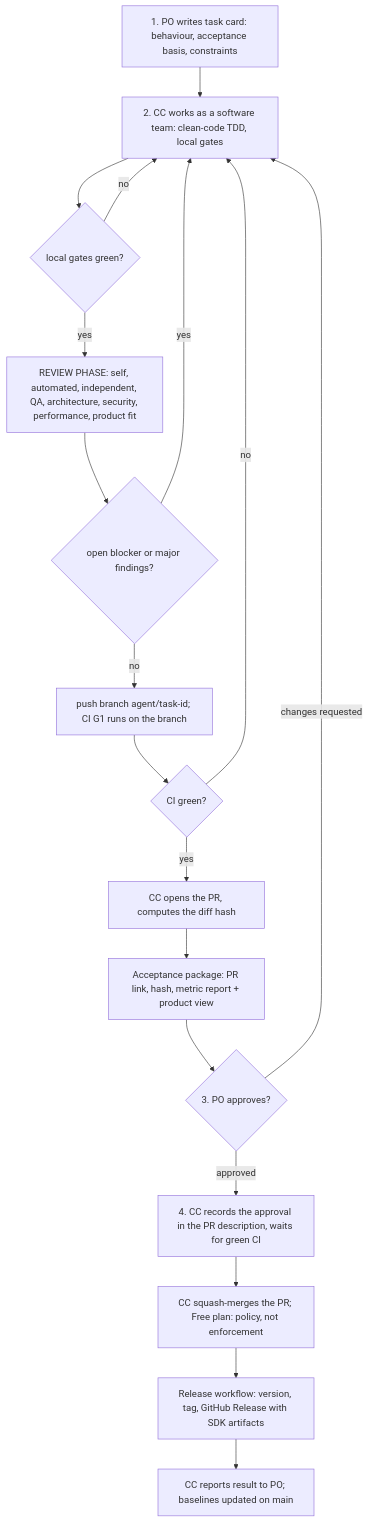
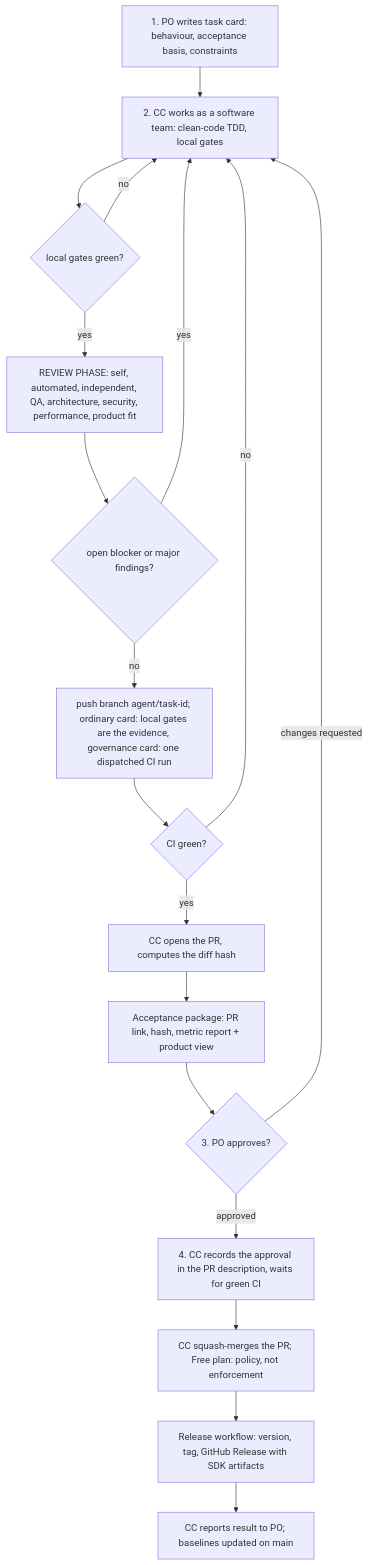
One commit to giamat90/DuckEngine changed the second of 2 diagrams in wiki/workflow/delivery-pipeline.md. Above: the diagram before and after it, drawn with Mermaid. The commit also changed other lines of this file and 12 other files, not shown here.

````diff
--- a/wiki/workflow/delivery-pipeline.md
+++ b/wiki/workflow/delivery-pipeline.md
@@ -18,20 +46,20 @@
 ```mermaid
 flowchart TD
   T[1. PO writes task card: behaviour, acceptance basis, constraints] --> W[2. CC works as a software team: clean-code TDD, local gates]
   W --> L{local gates green?}
   L -- no --> W
   L -- yes --> RV[REVIEW PHASE: self, automated, independent, QA, architecture, security, performance, product fit]
   RV --> F{open blocker or major findings?}
   F -- yes --> W
-  F -- no --> B[push branch agent/task-id; CI G1 runs on the branch]
+  F -- no --> B[push branch agent/task-id; ordinary card: local gates are the evidence, governance card: one dispatched CI run]
   B --> C{CI green?}
   C -- no --> W
   C -- yes --> O[CC opens the PR, computes the diff hash]
   O --> R[Acceptance package: PR link, hash, metric report + product view]
   R --> A{3. PO approves?}
   A -- changes requested --> W
   A -- approved --> P[4. CC records the approval in the PR description, waits for green CI]
   P --> G[CC squash-merges the PR; Free plan: policy, not enforcement]
   G --> V[Release workflow: version, tag, GitHub Release with SDK artifacts]
   V --> N[CC reports result to PO; baselines updated on main]
 ```
````
